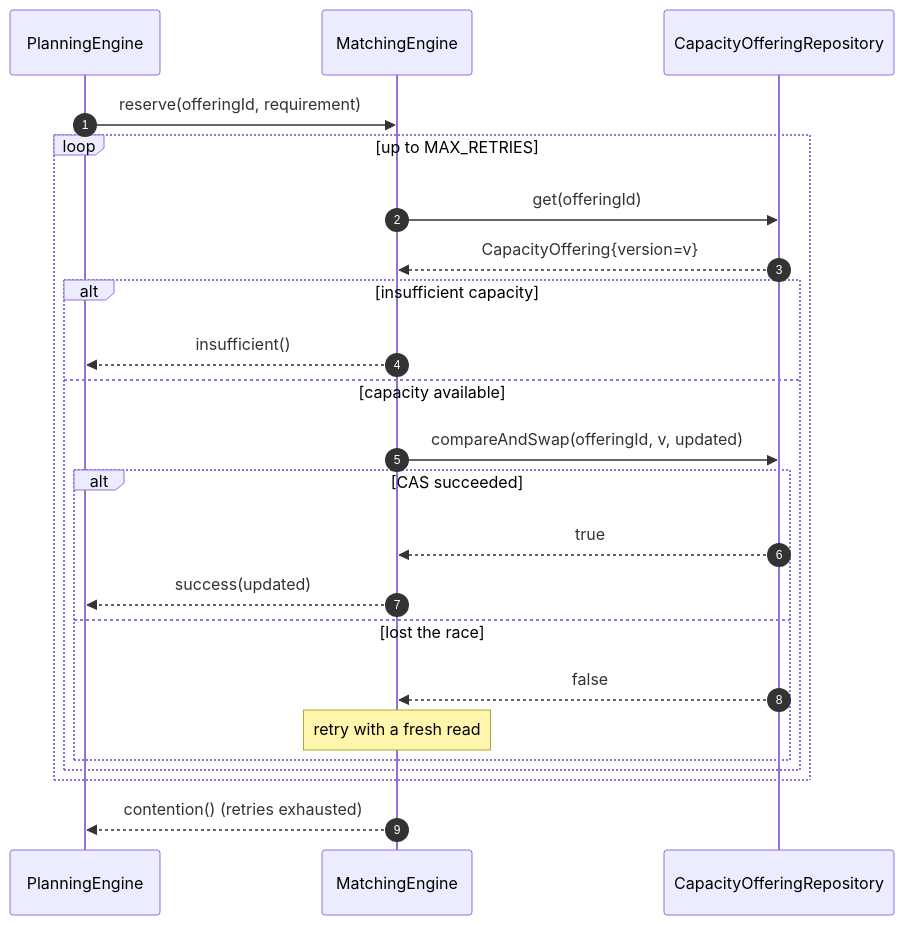
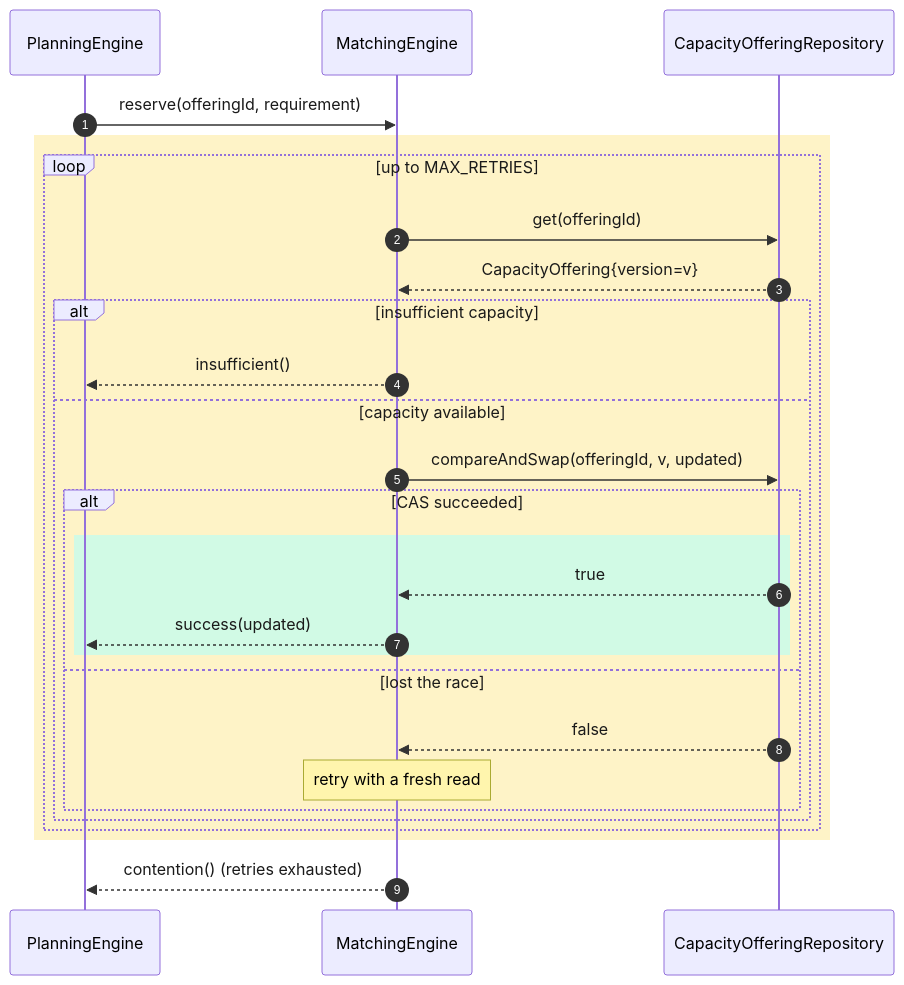
One commit to Pratyush576/CodingPractice changed the second of 7 diagrams in lib/src/main/java/org/pk/practices/design/supplychain/LLD.md. Above: the diagram before and after it, drawn with Mermaid. The commit also changed other lines of this file and 5 other files, not shown here.

Commit message:
Enhanced the diagrams

````diff
--- a/lib/src/main/java/org/pk/practices/design/supplychain/LLD.md
+++ b/lib/src/main/java/org/pk/practices/design/supplychain/LLD.md
@@ -433,26 +438,31 @@
 ```mermaid
+%%{init: {'themeVariables': {'signalTextColor': '#1a1a1a', 'loopTextColor': '#1a1a1a'}}}%%
 sequenceDiagram
     autonumber
     participant Planning as PlanningEngine
     participant Matching as MatchingEngine
     participant Repo as CapacityOfferingRepository
 
     Planning->>Matching: reserve(offeringId, requirement)
+    rect rgb(254, 243, 199)
     loop up to MAX_RETRIES
         Matching->>Repo: get(offeringId)
         Repo-->>Matching: CapacityOffering{version=v}
         alt insufficient capacity
             Matching-->>Planning: insufficient()
         else capacity available
             Matching->>Repo: compareAndSwap(offeringId, v, updated)
             alt CAS succeeded
+                rect rgb(209, 250, 229)
                 Repo-->>Matching: true
                 Matching-->>Planning: success(updated)
+                end
             else lost the race
                 Repo-->>Matching: false
                 Note over Matching: retry with a fresh read
             end
         end
     end
+    end
     Matching-->>Planning: contention() (retries exhausted)
 ```
````
